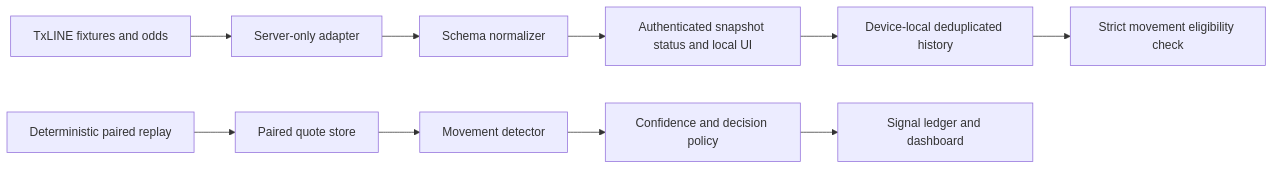
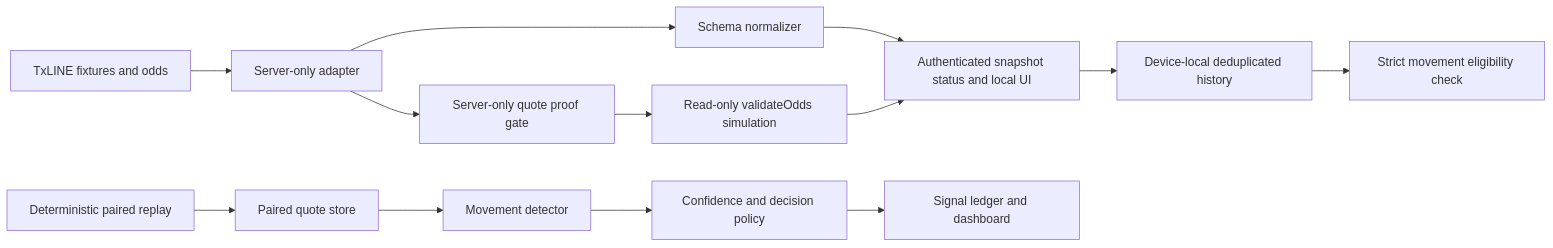
Before and after one commit to guoqiangliu-ocean/oddpulse: the diagram in README.md, drawn with Mermaid. The commit also changed other lines of this file and 16 other files, not shown here.

Commit message:
Add fail-closed TxLINE odds proof receipts

````diff
--- a/README.md
+++ b/README.md
@@ -35,12 +38,15 @@
 ```mermaid
 flowchart LR
   A[TxLINE fixtures and odds] --> B[Server-only adapter]
   B --> C[Schema normalizer]
   C --> H[Authenticated snapshot status and local UI]
+  B --> P[Server-only quote proof gate]
+  P --> Q[Read-only validateOdds simulation]
+  Q --> H
   H --> I[Device-local deduplicated history]
   I --> J[Strict movement eligibility check]
   R[Deterministic paired replay] --> D[Paired quote store]
   D --> E[Movement detector]
   E --> F[Confidence and decision policy]
   F --> G[Signal ledger and dashboard]
 ```
````
